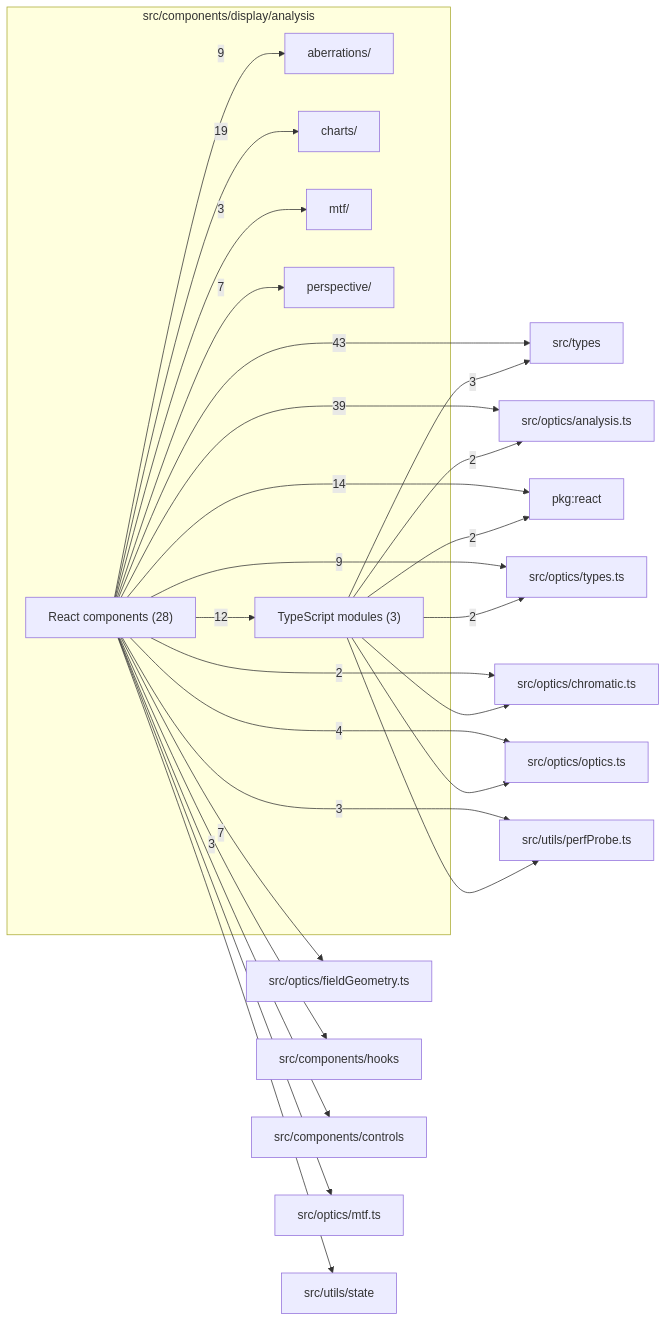
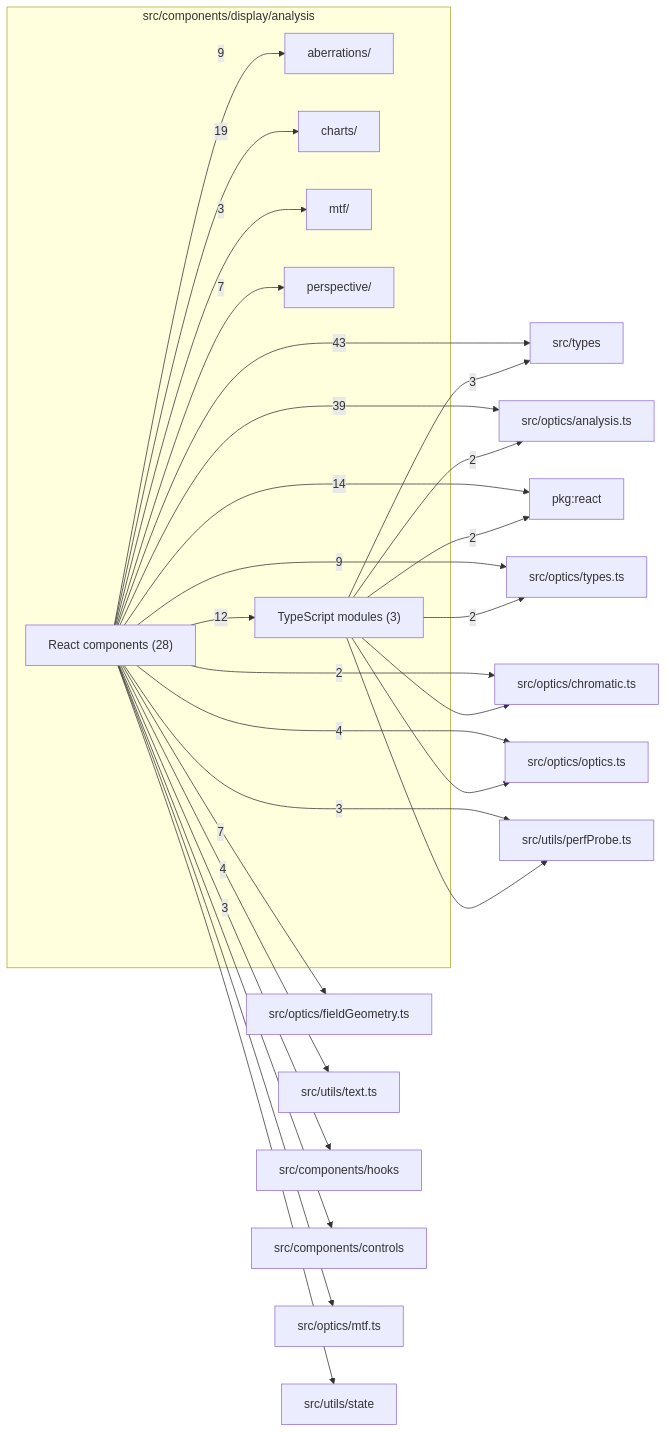
One commit to ronbuening/LensVisualizer changed the diagram in src/components/display/analysis/readme.md. Above: the diagram before and after it, drawn with Mermaid. The commit also changed other lines of this file and 134 other files, not shown here.

Commit message:
Fix translated text updates in lens views and analysis drawers (#769)

````diff
--- a/src/components/display/analysis/readme.md
+++ b/src/components/display/analysis/readme.md
@@ -9,47 +9,49 @@
 ```mermaid
 flowchart LR
   subgraph n_src_components_display_analysis["src/components/display/analysis"]
     n_src_components_display_analysis_src_components_display_analysis_aberrations["aberrations/"]
     n_src_components_display_analysis_src_components_display_analysis_charts["charts/"]
     n_src_components_display_analysis_src_components_display_analysis_mtf["mtf/"]
     n_src_components_display_analysis_src_components_display_analysis_perspective["perspective/"]
     n_src_components_display_analysis_React_components["React components (28)"]
     n_src_components_display_analysis_TypeScript_modules["TypeScript modules (3)"]
   end
   n_external_src_types["src/types"]
   n_external_src_optics_analysis_ts["src/optics/analysis.ts"]
   n_external_pkg_react["pkg:react"]
   n_external_src_optics_types_ts["src/optics/types.ts"]
   n_external_src_optics_fieldGeometry_ts["src/optics/fieldGeometry.ts"]
   n_external_src_optics_optics_ts["src/optics/optics.ts"]
+  n_external_src_utils_text_ts["src/utils/text.ts"]
   n_external_src_components_hooks["src/components/hooks"]
   n_external_src_utils_perfProbe_ts["src/utils/perfProbe.ts"]
   n_external_src_optics_chromatic_ts["src/optics/chromatic.ts"]
   n_external_src_components_controls["src/components/controls"]
   n_external_src_optics_mtf_ts["src/optics/mtf.ts"]
   n_external_src_utils_state["src/utils/state"]
   n_src_components_display_analysis_React_components --> |43| n_external_src_types
   n_src_components_display_analysis_React_components --> |39| n_external_src_optics_analysis_ts
   n_src_components_display_analysis_React_components --> |19| n_src_components_display_analysis_src_components_display_analysis_charts
   n_src_components_display_analysis_React_components --> |14| n_external_pkg_react
   n_src_components_display_analysis_React_components --> |12| n_src_components_display_analysis_TypeScript_modules
   n_src_components_display_analysis_React_components --> |9| n_external_src_optics_types_ts
   n_src_components_display_analysis_React_components --> |9| n_src_components_display_analysis_src_components_display_analysis_aberrations
   n_src_components_display_analysis_React_components --> |7| n_external_src_optics_fieldGeometry_ts
   n_src_components_display_analysis_React_components --> |7| n_src_components_display_analysis_src_components_display_analysis_perspective
   n_src_components_display_analysis_React_components --> |4| n_external_src_optics_optics_ts
+  n_src_components_display_analysis_React_components --> |4| n_external_src_utils_text_ts
   n_src_components_display_analysis_React_components --> |3| n_external_src_components_hooks
   n_src_components_display_analysis_TypeScript_modules --> |3| n_external_src_types
   n_src_components_display_analysis_React_components --> |3| n_external_src_utils_perfProbe_ts
   n_src_components_display_analysis_React_components --> |3| n_src_components_display_analysis_src_components_display_analysis_mtf
   n_src_components_display_analysis_TypeScript_modules --> |2| n_external_pkg_react
   n_src_components_display_analysis_TypeScript_modules --> |2| n_external_src_optics_analysis_ts
   n_src_components_display_analysis_React_components --> |2| n_external_src_optics_chromatic_ts
   n_src_components_display_analysis_TypeScript_modules --> |2| n_external_src_optics_types_ts
   n_src_components_display_analysis_React_components --> n_external_src_components_controls
   n_src_components_display_analysis_TypeScript_modules --> n_external_src_optics_chromatic_ts
   n_src_components_display_analysis_React_components --> n_external_src_optics_mtf_ts
   n_src_components_display_analysis_TypeScript_modules --> n_external_src_optics_optics_ts
   n_src_components_display_analysis_TypeScript_modules --> n_external_src_utils_perfProbe_ts
   n_src_components_display_analysis_React_components --> n_external_src_utils_state
 ```
````
